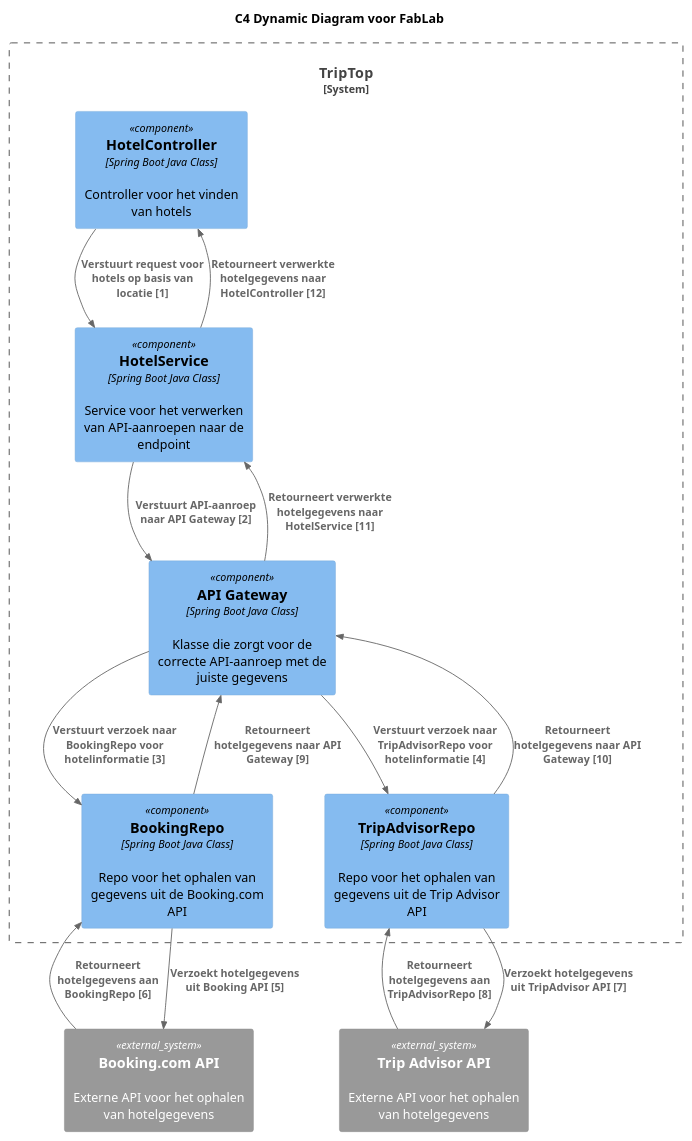
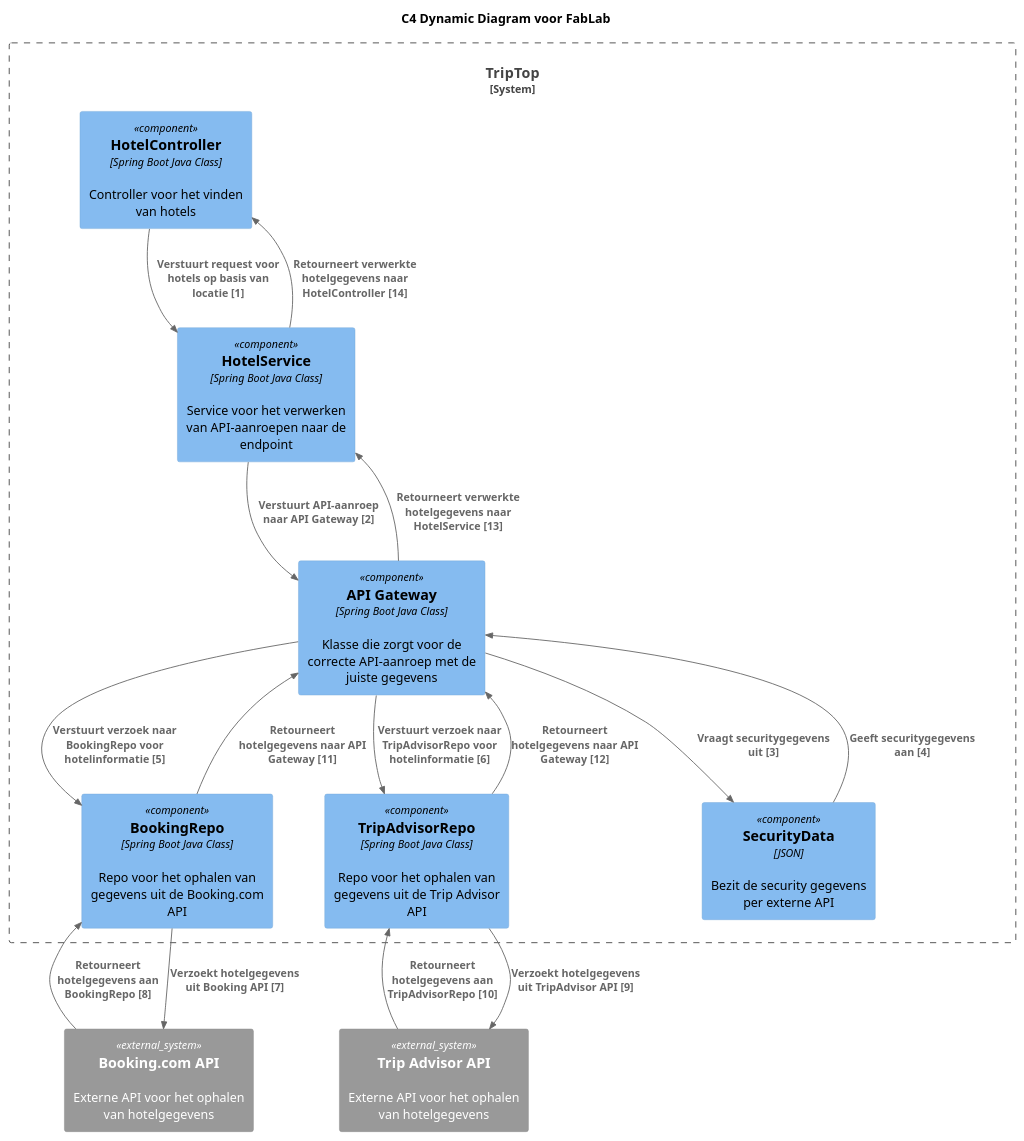
One commit to AIM-ENE-feb25/triptop-jrn changed the diagram in huiswerkNiels/huiswerkAPI/src/main/java/com/example/huiswerkAPI/Dynamisch_diagram_onderzoeksvraag_niels.puml. Above: the diagram before and after it, drawn with PlantUML.

```diff
--- a/huiswerkNiels/huiswerkAPI/src/main/java/com/example/huiswerkAPI/Dynamisch_diagram_onderzoeksvraag_niels.puml
+++ b/huiswerkNiels/huiswerkAPI/src/main/java/com/example/huiswerkAPI/Dynamisch_diagram_onderzoeksvraag_niels.puml
@@ -1,30 +1,33 @@
 @startuml
 !include <C4/C4_Component>
 
 title C4 Dynamic Diagram voor FabLab
 
 System_Boundary(triptop_core, "TripTop") {
 
 Component(HotelController, "HotelController", "Spring Boot Java Class", "Controller voor het vinden van hotels")
 Component(HotelService, "HotelService", "Spring Boot Java Class", "Service voor het verwerken van API-aanroepen naar de endpoint")
 Component(API_Gateway, "API Gateway", "Spring Boot Java Class", "Klasse die zorgt voor de correcte API-aanroep met de juiste gegevens")
 Component(BookingRepo, "BookingRepo", "Spring Boot Java Class", "Repo voor het ophalen van gegevens uit de Booking.com API")
 Component(TripAdvisorRepo, "TripAdvisorRepo", "Spring Boot Java Class", "Repo voor het ophalen van gegevens uit de Trip Advisor API")
+Component(SecurityData, "SecurityData", "JSON", "Bezit de security gegevens per externe API")
 }
 
 System_Ext(Booking, "Booking.com API", "Externe API voor het ophalen van hotelgegevens")
 System_Ext(TripAdvisor, "Trip Advisor API", "Externe API voor het ophalen van hotelgegevens")
 
 Rel("HotelController", "HotelService", "Verstuurt request voor hotels op basis van locatie [1]")
 Rel("HotelService", "API_Gateway", "Verstuurt API-aanroep naar API Gateway [2]")
-Rel("API_Gateway", "BookingRepo", "Verstuurt verzoek naar BookingRepo voor hotelinformatie [3]")
-Rel("API_Gateway", "TripAdvisorRepo", "Verstuurt verzoek naar TripAdvisorRepo voor hotelinformatie [4]")
-Rel("BookingRepo", "Booking", "Verzoekt hotelgegevens uit Booking API [5]")
-Rel("Booking", "BookingRepo", "Retourneert hotelgegevens aan BookingRepo [6]")
-Rel("TripAdvisorRepo", "TripAdvisor", "Verzoekt hotelgegevens uit TripAdvisor API [7]")
-Rel("TripAdvisor", "TripAdvisorRepo", "Retourneert hotelgegevens aan TripAdvisorRepo [8]")
-Rel("BookingRepo", "API_Gateway", "Retourneert hotelgegevens naar API Gateway [9]")
-Rel("TripAdvisorRepo", "API_Gateway", "Retourneert hotelgegevens naar API Gateway [10]")
-Rel("API_Gateway", "HotelService", "Retourneert verwerkte hotelgegevens naar HotelService [11]")
-Rel("HotelService", "HotelController", "Retourneert verwerkte hotelgegevens naar HotelController [12]")
+Rel("API_Gateway", "SecurityData", "Vraagt securitygegevens uit [3]")
+Rel("SecurityData", "API_Gateway", "Geeft securitygegevens aan [4]")
+Rel("API_Gateway", "BookingRepo", "Verstuurt verzoek naar BookingRepo voor hotelinformatie [5]")
+Rel("API_Gateway", "TripAdvisorRepo", "Verstuurt verzoek naar TripAdvisorRepo voor hotelinformatie [6]")
+Rel("BookingRepo", "Booking", "Verzoekt hotelgegevens uit Booking API [7]")
+Rel("Booking", "BookingRepo", "Retourneert hotelgegevens aan BookingRepo [8]")
+Rel("TripAdvisorRepo", "TripAdvisor", "Verzoekt hotelgegevens uit TripAdvisor API [9]")
+Rel("TripAdvisor", "TripAdvisorRepo", "Retourneert hotelgegevens aan TripAdvisorRepo [10]")
+Rel("BookingRepo", "API_Gateway", "Retourneert hotelgegevens naar API Gateway [11]")
+Rel("TripAdvisorRepo", "API_Gateway", "Retourneert hotelgegevens naar API Gateway [12]")
+Rel("API_Gateway", "HotelService", "Retourneert verwerkte hotelgegevens naar HotelService [13]")
+Rel("HotelService", "HotelController", "Retourneert verwerkte hotelgegevens naar HotelController [14]")
 @enduml
```
